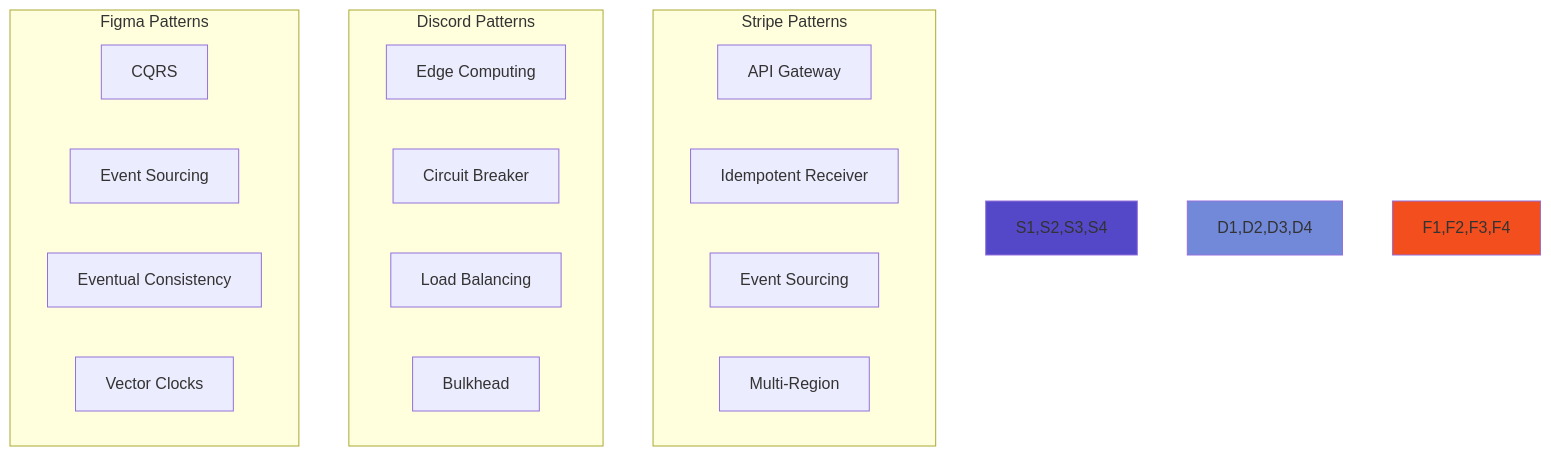
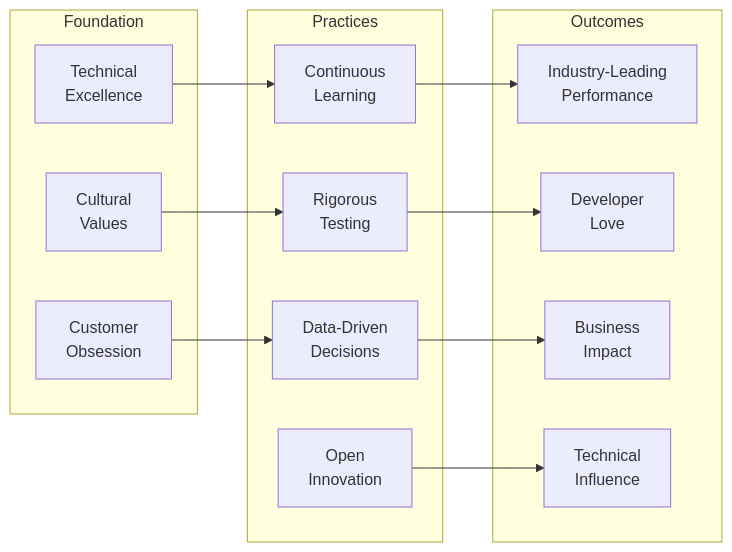
One commit to deepaucksharma/DStudio changed the second of 2 diagrams in docs/case-studies/elite-engineering/index.md. Above: the diagram before and after it, drawn with Mermaid. The commit also changed other lines of this file and 23 other files, not shown here.

````diff
--- a/docs/case-studies/elite-engineering/index.md
+++ b/docs/case-studies/elite-engineering/index.md
@@ -56,27 +171,31 @@
 ```mermaid
-graph TD
-    subgraph "Stripe Patterns"
-        S1[API Gateway]
-        S2[Idempotent Receiver]
-        S3[Event Sourcing]
-        S4[Multi-Region]
+graph LR
+    subgraph "Foundation"
+        F1[Technical<br/>Excellence]
+        F2[Cultural<br/>Values]
+        F3[Customer<br/>Obsession]
     end
     
-    subgraph "Discord Patterns"
-        D1[Edge Computing]
-        D2[Circuit Breaker]
-        D3[Load Balancing]
-        D4[Bulkhead]
+    subgraph "Practices"
+        P1[Continuous<br/>Learning]
+        P2[Rigorous<br/>Testing]
+        P3[Data-Driven<br/>Decisions]
+        P4[Open<br/>Innovation]
     end
     
-    subgraph "Figma Patterns"
-        F1[CQRS]
-        F2[Event Sourcing]
-        F3[Eventual Consistency]
-        F4[Vector Clocks]
+    subgraph "Outcomes"
+        O1[Industry-Leading<br/>Performance]
+        O2[Developer<br/>Love]
+        O3[Business<br/>Impact]
+        O4[Technical<br/>Influence]
     end
     
-    style S1,S2,S3,S4 fill:#5448C8
-    style D1,D2,D3,D4 fill:#7289DA
-    style F1,F2,F3,F4 fill:#F24E1E
+    F1 --> P1
+    F2 --> P2
+    F3 --> P3
+    
+    P1 --> O1
+    P2 --> O2
+    P3 --> O3
+    P4 --> O4
 ```
````
